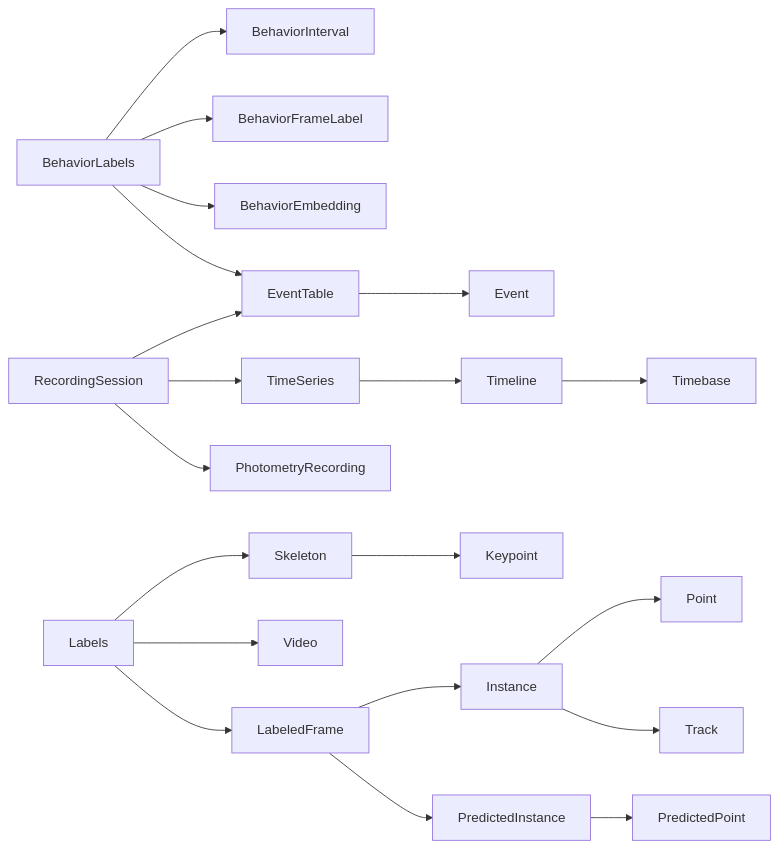
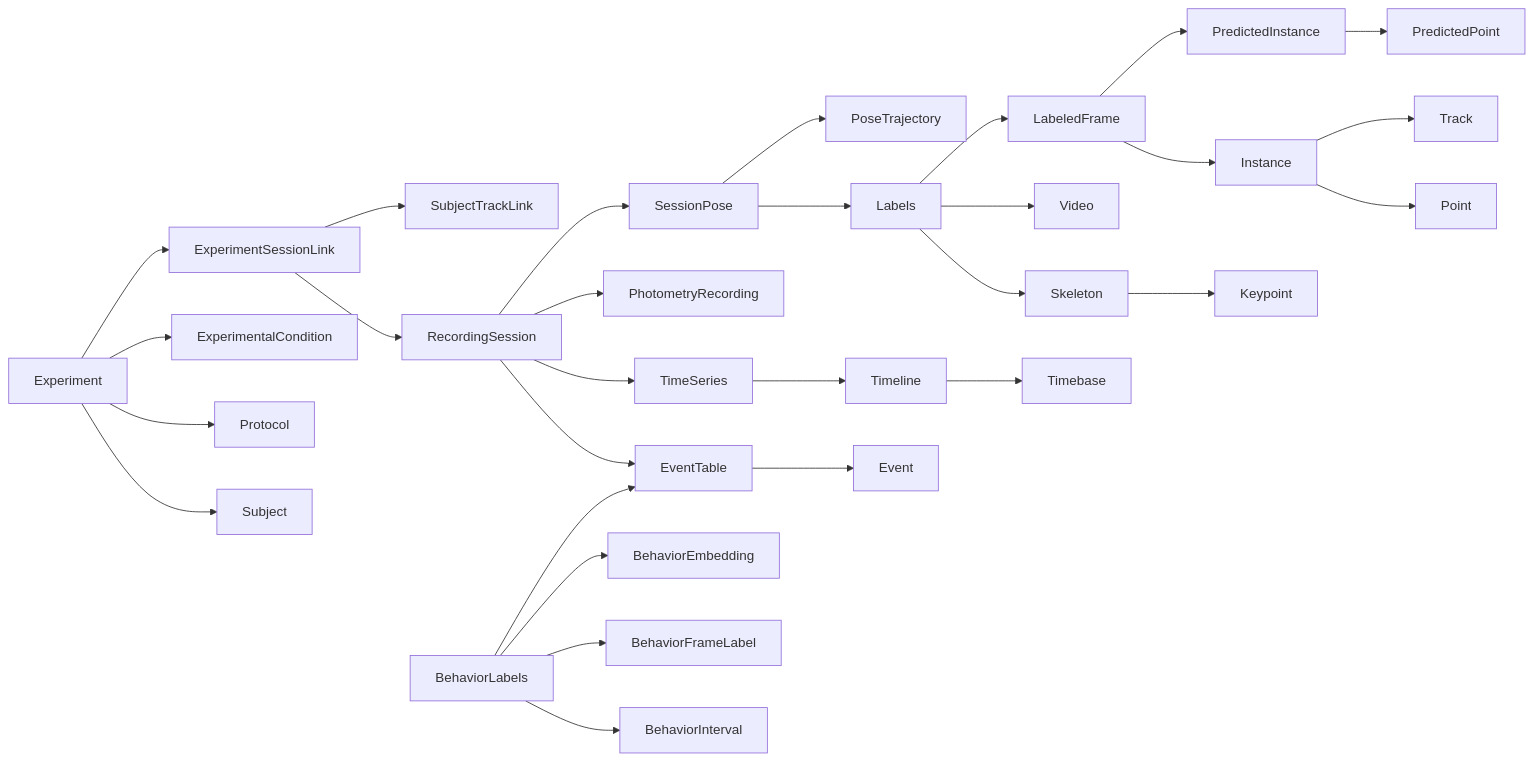
The diagram in docs/api/model.md (Alfredo-Sandoval/exp-pkg), drawn with Mermaid before and after one commit. The commit also changed other lines of this file and 81 other files, not shown here.

````diff
--- a/docs/api/model.md
+++ b/docs/api/model.md
@@ -13,22 +14,31 @@
 ```mermaid
 flowchart LR
+    Experiment --> Subject
+    Experiment --> Protocol
+    Experiment --> ExperimentalCondition
+    Experiment --> ExperimentSessionLink
+    ExperimentSessionLink --> RecordingSession
+    ExperimentSessionLink --> SubjectTrackLink
     RecordingSession --> EventTable
     BehaviorLabels --> BehaviorInterval
     BehaviorLabels --> BehaviorFrameLabel
     BehaviorLabels --> BehaviorEmbedding
     BehaviorLabels --> EventTable
     RecordingSession --> TimeSeries
     RecordingSession --> PhotometryRecording
+    RecordingSession --> SessionPose
+    SessionPose --> Labels
+    SessionPose --> PoseTrajectory
     Labels --> Skeleton
     Labels --> Video
     Labels --> LabeledFrame
     LabeledFrame --> Instance
     LabeledFrame --> PredictedInstance
     Instance --> Point
     PredictedInstance --> PredictedPoint
     Skeleton --> Keypoint
     Instance --> Track
     EventTable --> Event
     TimeSeries --> Timeline
     Timeline --> Timebase
 ```
````
